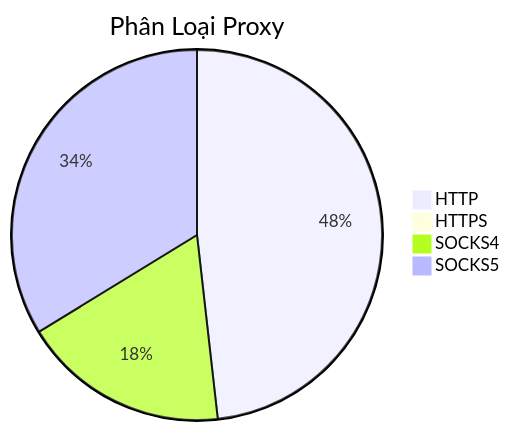
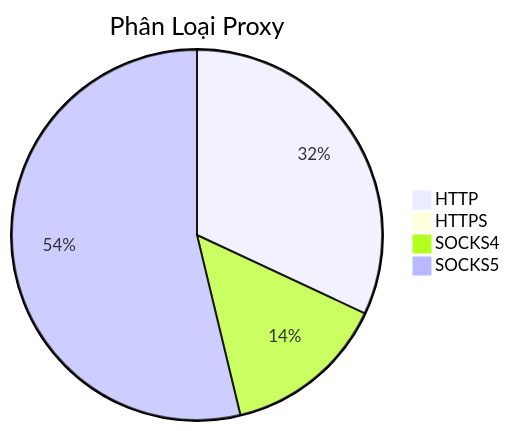
Before and after one commit to Ciara-12/PROXY-free: the diagram in README.md, drawn with Mermaid. The commit also changed other lines of this file and 3 other files, not shown here.

````diff
--- a/README.md
+++ b/README.md
@@ -26,7 +26,7 @@
 ```mermaid
 pie title Phân Loại Proxy
-    "HTTP" : 1197
+    "HTTP" : 857
     "HTTPS" : 1
-    "SOCKS4" : 448
-    "SOCKS5" : 838
+    "SOCKS4" : 383
+    "SOCKS5" : 1442
 ```
````
